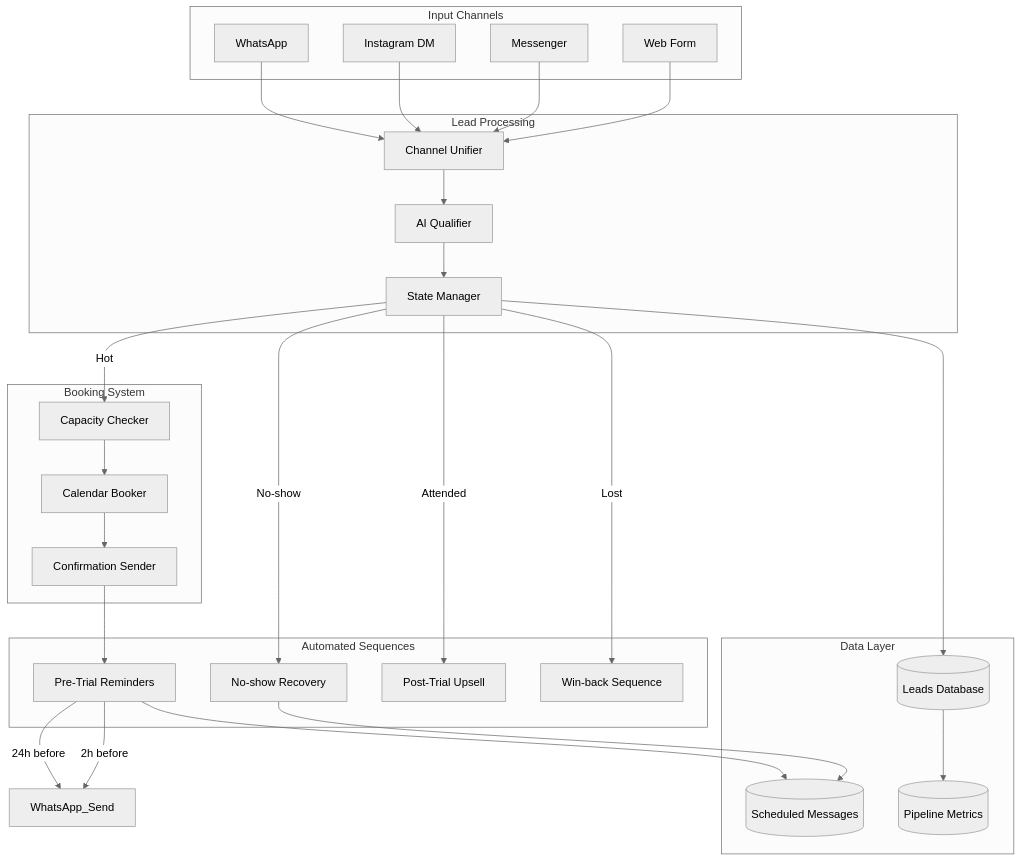
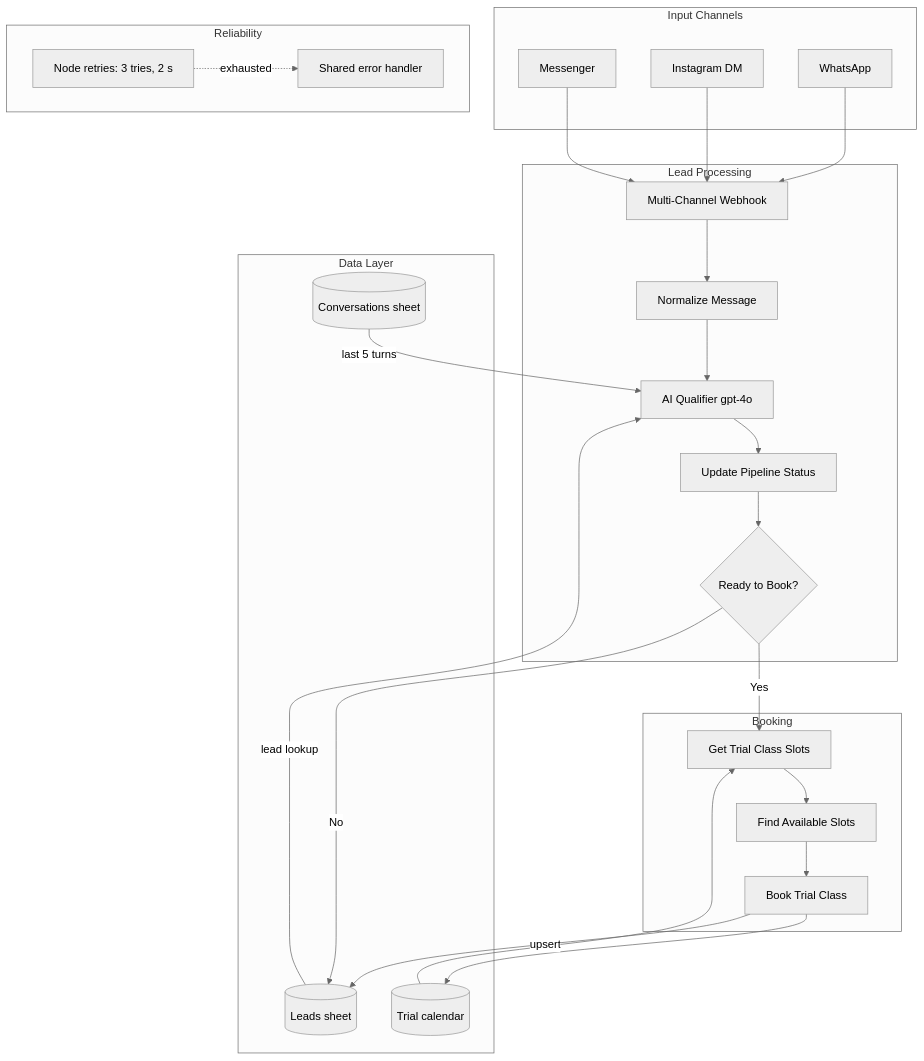
Before and after one commit to khaledabdelaziz1330-dot/Khaled-AI-Automation-Portfolio: the third of 5 diagrams in gym-lead-management/architecture.md, drawn with Mermaid (neutral theme). The commit also changed other lines of this file and 50 other files, not shown here.

First line of the commit message:
Align portfolio docs with workflow exports; add shared error handler

````diff
--- a/gym-lead-management/architecture.md
+++ b/gym-lead-management/architecture.md
@@ -46,54 +50,51 @@
 ```mermaid
 flowchart TD
     subgraph Channels [Input Channels]
         WA[WhatsApp]
         IG[Instagram DM]
         FB[Messenger]
-        WEB[Web Form]
     end
-    
+
     subgraph Processing [Lead Processing]
-        UNIFY[Channel Unifier]
-        AI_QUAL[AI Qualifier]
-        STATE[State Manager]
+        WH[Multi-Channel Webhook]
+        UNIFY[Normalize Message]
+        AI_QUAL[AI Qualifier gpt-4o]
+        STATE[Update Pipeline Status]
+        READY{Ready to Book?}
     end
-    
-    subgraph Booking [Booking System]
-        CAP[Capacity Checker]
-        BOOK[Calendar Booker]
-        CONFIRM[Confirmation Sender]
+
+    subgraph Booking [Booking]
+        SLOTS[Get Trial Class Slots]
+        CAP[Find Available Slots]
+        BOOK[Book Trial Class]
     end
-    
-    subgraph Sequences [Automated Sequences]
-        REMIND[Pre-Trial Reminders]
-        RECOVERY[No-show Recovery]
-        UPSELL[Post-Trial Upsell]
-        WIN_BACK[Win-back Sequence]
+
+    subgraph Data [Data Layer]
+        LEADS[(Leads sheet)]
+        CONV[(Conversations sheet)]
+        CAL[(Trial calendar)]
     end
-    
-    subgraph Data [Data Layer]
-        LEADS[(Leads Database)]
-        SCHED[(Scheduled Messages)]
-        METRICS[(Pipeline Metrics)]
+
+    subgraph Reliability [Reliability]
+        RETRY[Node retries: 3 tries, 2 s]
+        ERR[Shared error handler]
     end
-    
-    WA --> UNIFY
-    IG --> UNIFY
-    FB --> UNIFY
-    WEB --> UNIFY
+
+    WA --> WH
+    IG --> WH
+    FB --> WH
+    WH --> UNIFY
+    LEADS -->|lead lookup| AI_QUAL
+    CONV -->|last 5 turns| AI_QUAL
     UNIFY --> AI_QUAL
     AI_QUAL --> STATE
-    STATE -->|Hot| CAP
+    STATE --> READY
+    READY -->|Yes| SLOTS
+    CAL --> SLOTS
+    SLOTS --> CAP
     CAP --> BOOK
-    BOOK --> CONFIRM
-    CONFIRM --> REMIND
-    REMIND -->|24h before| WhatsApp_Send
-    REMIND -->|2h before| WhatsApp_Send
-    STATE -->|No-show| RECOVERY
-    STATE -->|Attended| UPSELL
-    STATE -->|Lost| WIN_BACK
-    STATE --> LEADS
-    REMIND --> SCHED
-    RECOVERY --> SCHED
-    LEADS --> METRICS
+    BOOK --> CAL
+    BOOK -->|upsert| LEADS
+    READY -->|No| LEADS
+    RETRY -.->|exhausted| ERR
 ```
````
